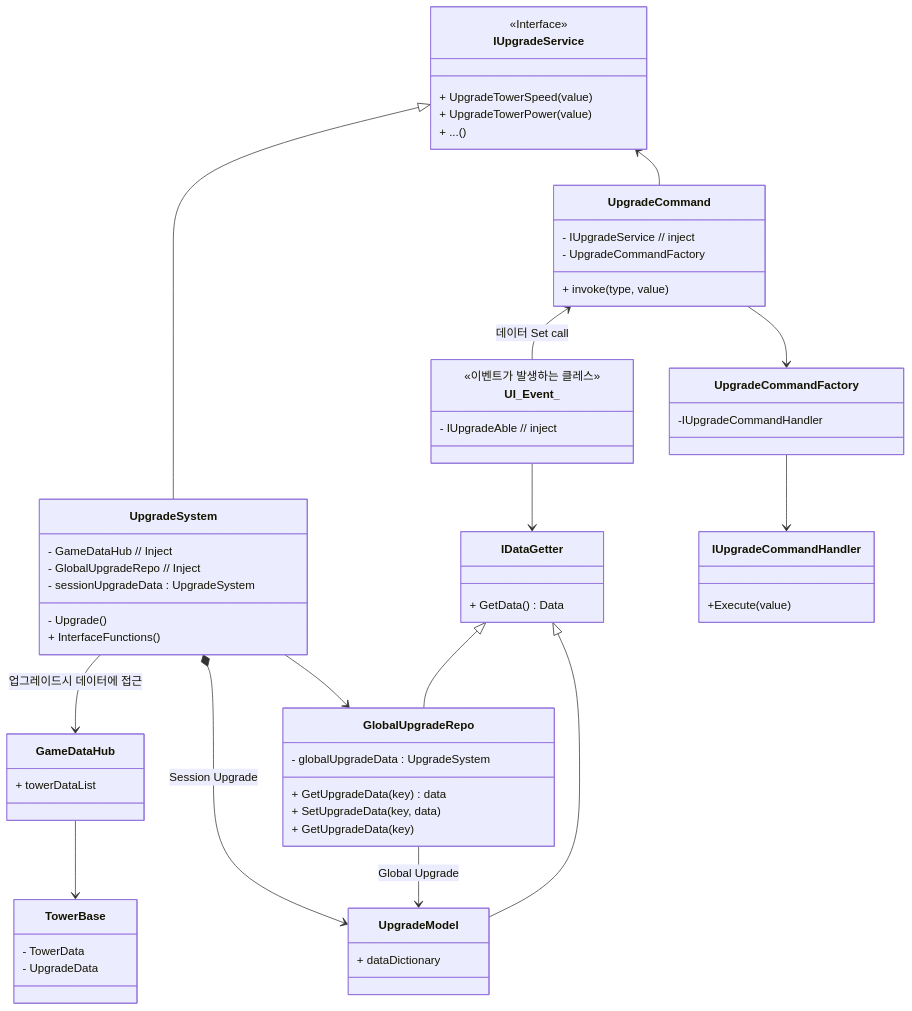
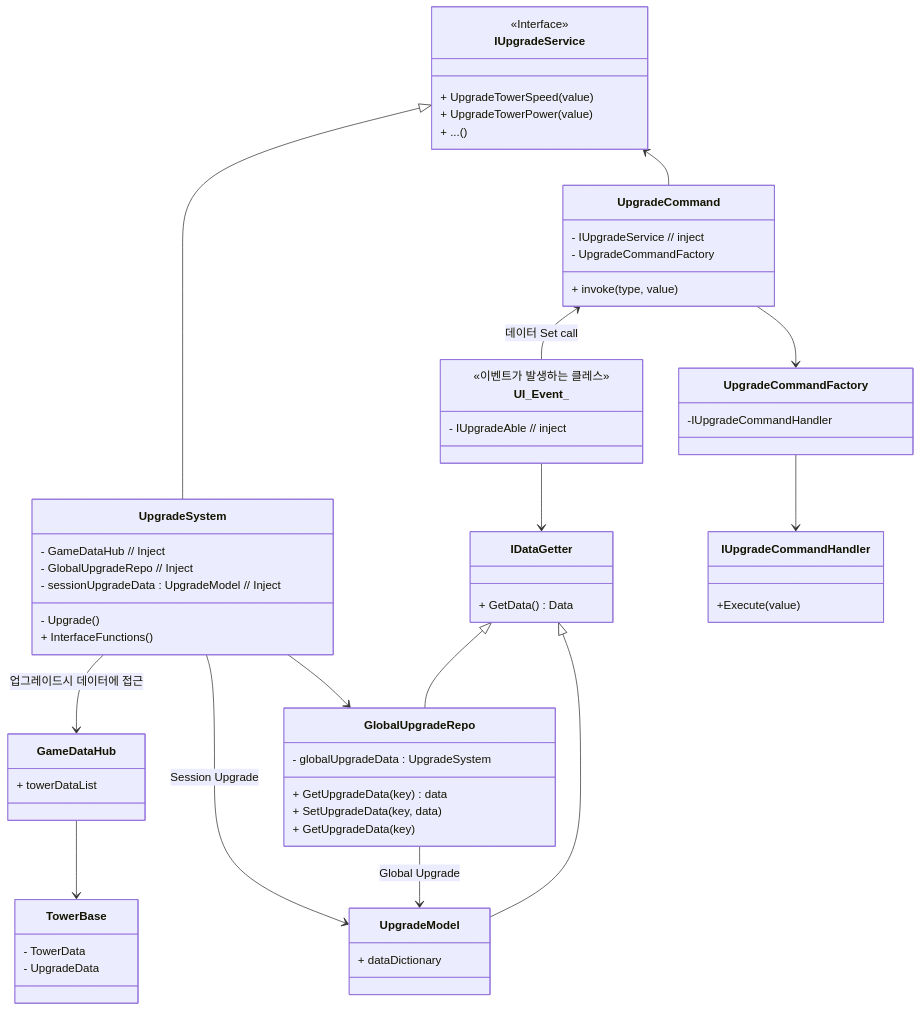
Before and after one commit to HyunWoo-Jo/ProjectHS: the tenth of 10 diagrams in _Doc/DevelopmentLog.md, drawn with Mermaid.

````diff
--- a/_Doc/DevelopmentLog.md
+++ b/_Doc/DevelopmentLog.md
@@ -523,79 +523,79 @@
 ```mermaid
 classDiagram  
 graph LR  
 class TowerBase{  
     - TowerData  
     - UpgradeData  
 }  
   
 class UpgradeSystem {  
     - GameDataHub // Inject  
     - GlobalUpgradeRepo // Inject  
-    - sessionUpgradeData : UpgradeSystem  
+    - sessionUpgradeData : UpgradeModel // Inject  
     - Upgrade()  
     + InterfaceFunctions()  
 }  
   
 class IUpgradeService {  
     <<Interface>>  
     + UpgradeTowerSpeed(value)  
     + UpgradeTowerPower(value)  
     + ...()  
 }  
   
 class GlobalUpgradeRepo {  
     - globalUpgradeData : UpgradeSystem  
     + GetUpgradeData(key) data  
     + SetUpgradeData(key, data)  
     + GetUpgradeData(key)  
 }  
   
 class UpgradeModel {  
     + dataDictionary  
 }  
   
 class GameDataHub {  
     + towerDataList  
 }  
   
 class UI_Event_{  
     <<이벤트가 발생하는 클레스>>  
     - IUpgradeAble // inject  
 }  
 
 class UpgradeCommand {
     - IUpgradeService // inject
     - UpgradeCommandFactory
     + invoke(type, value)
 }
 
 class IDataGetter {
     + GetData() Data
 }
 
 class IUpgradeCommandHandler  {
     +Execute(value)
 }
 class UpgradeCommandFactory {
     -IUpgradeCommandHandler
 }
 
 UpgradeSystem --> GlobalUpgradeRepo  
-UpgradeSystem *--> UpgradeModel : Session Upgrade  
+UpgradeSystem --> UpgradeModel : Session Upgrade  
 GlobalUpgradeRepo --> UpgradeModel : Global Upgrade  
   
 UpgradeSystem --> GameDataHub : 업그레이드시 데이터에 접근  
 GameDataHub --> TowerBase   
   
 IUpgradeService <|-- UpgradeSystem  
   
 IUpgradeService <-- UpgradeCommand
 UpgradeCommand <-- UI_Event_ : 데이터 Set call
 IDataGetter <|-- UpgradeModel
 IDataGetter <|-- GlobalUpgradeRepo
 
 UI_Event_ --> IDataGetter
 
 UpgradeCommandFactory --> IUpgradeCommandHandler
 UpgradeCommand --> UpgradeCommandFactory
 ```
````
